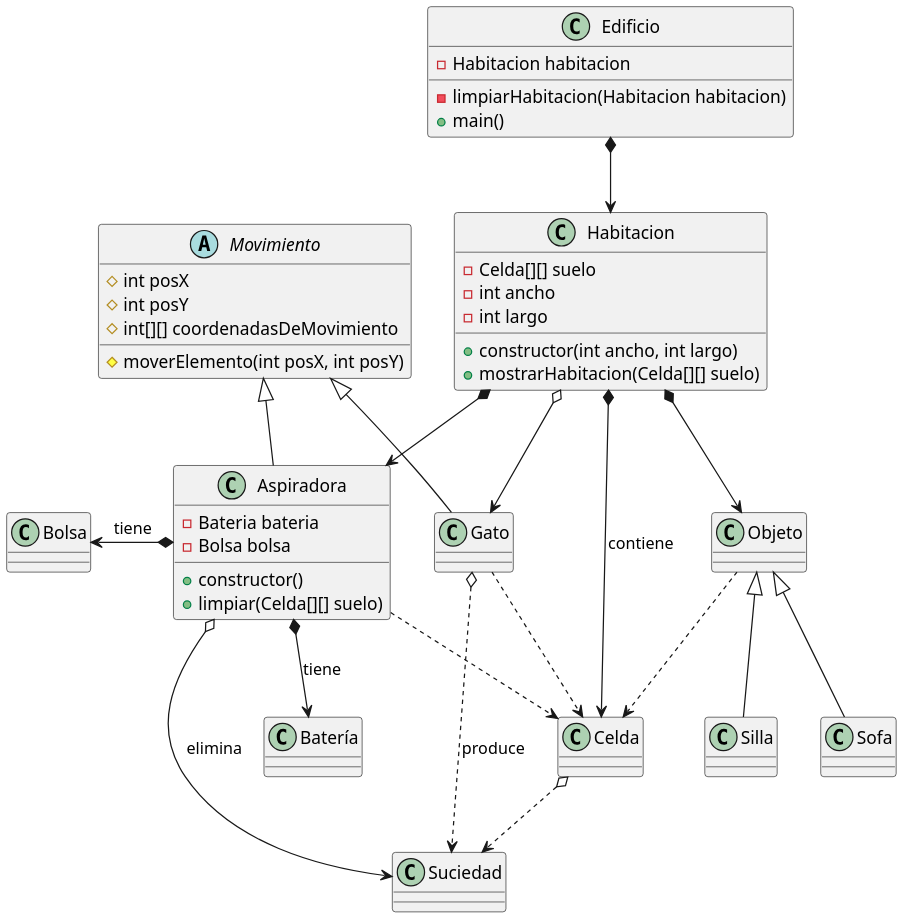
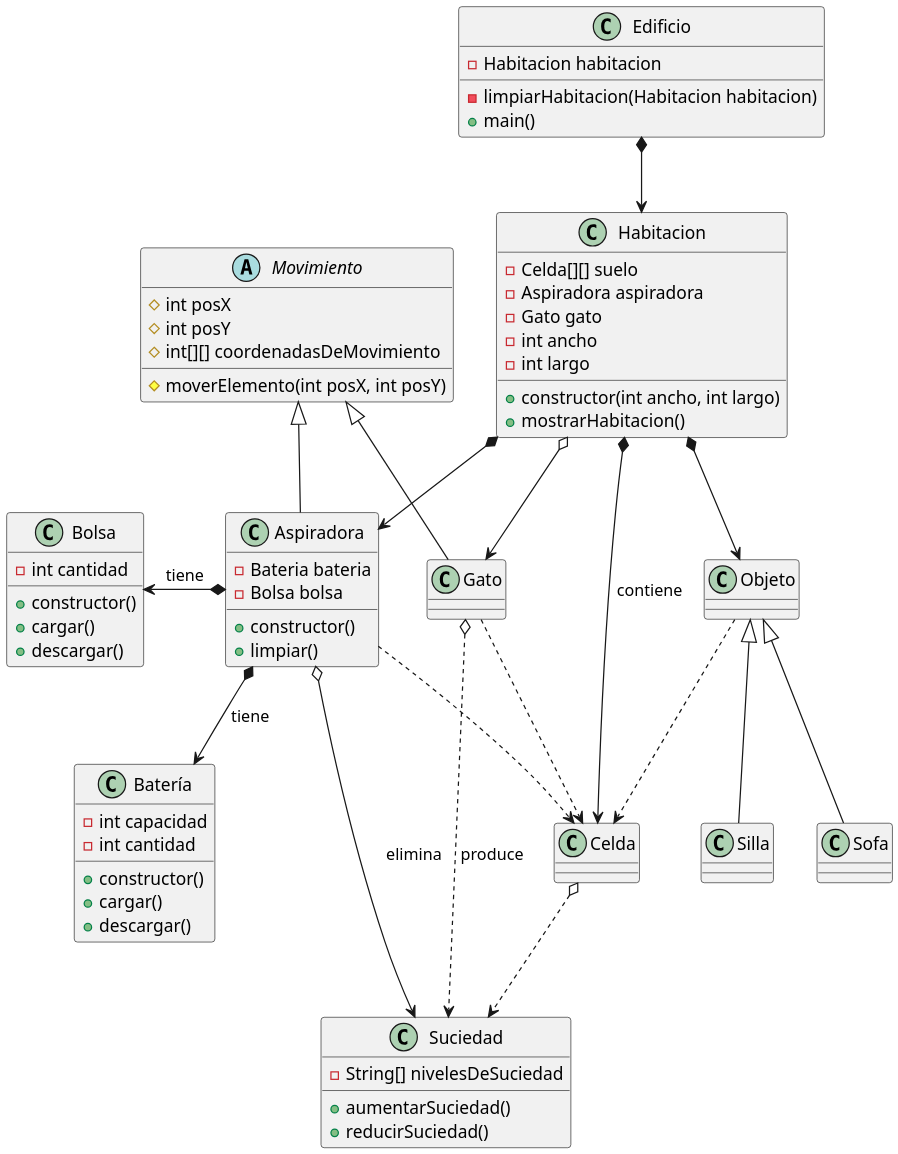
Before and after one commit to mmasias/idsw2: the diagram in docs/diagramaDeClases.plantuml, drawn with PlantUML.

Commit message:
añadidos en diagrama de clases la bateria y la bolsa

```diff
--- a/docs/diagramaDeClases.plantuml
+++ b/docs/diagramaDeClases.plantuml
@@ -1,62 +1,79 @@
 @startuml
 scale 2
 class Edificio
 {
     - Habitacion habitacion
     - limpiarHabitacion(Habitacion habitacion)
     + main()
 }
 class Habitacion
 {
     - Celda[][] suelo
+    - Aspiradora aspiradora
+    - Gato gato
     - int ancho
     - int largo
     + constructor(int ancho, int largo)
-    + mostrarHabitacion(Celda[][] suelo)
+    + mostrarHabitacion()
 
 }
 abstract class Movimiento{
     # int posX
     # int posY
     # int[][] coordenadasDeMovimiento
     # moverElemento(int posX, int posY)
 }
 class Aspiradora{
     - Bateria bateria
     - Bolsa bolsa
     + constructor()
-    + limpiar(Celda[][] suelo)
+    + limpiar()
 }
-class Suciedad
-class Batería
+class Batería{
+    - int capacidad
+    - int cantidad
+    + constructor()
+    + cargar()
+    + descargar()
+}
 class Gato
-class Bolsa
+class Bolsa{
+    - int cantidad
+    + constructor()
+    + cargar()
+    + descargar()
+}
+class Suciedad{
+    - String[] nivelesDeSuciedad
+    + aumentarSuciedad()
+    + reducirSuciedad()
+}
 class Objeto
 class Celda
 class Sofa
 class Silla
 
 Edificio *--> Habitacion
 
 Habitacion *--> Celda : contiene
 Habitacion *--> Aspiradora
 Habitacion o--> Gato
 Habitacion *--> Objeto
 
 Celda o..> Suciedad
 
 Aspiradora o--> Suciedad : elimina
 Aspiradora *-l-> Bolsa : tiene
 Aspiradora *-d-> Batería : tiene
 Aspiradora ..> Celda
 Aspiradora -u-|> Movimiento
 
 Gato o..> Suciedad : produce
 Gato ..> Celda
 Gato -u-|> Movimiento
 
 Objeto <|-- Sofa
 Objeto <|-- Silla
 Objeto ..> Celda
 
 @enduml
```
